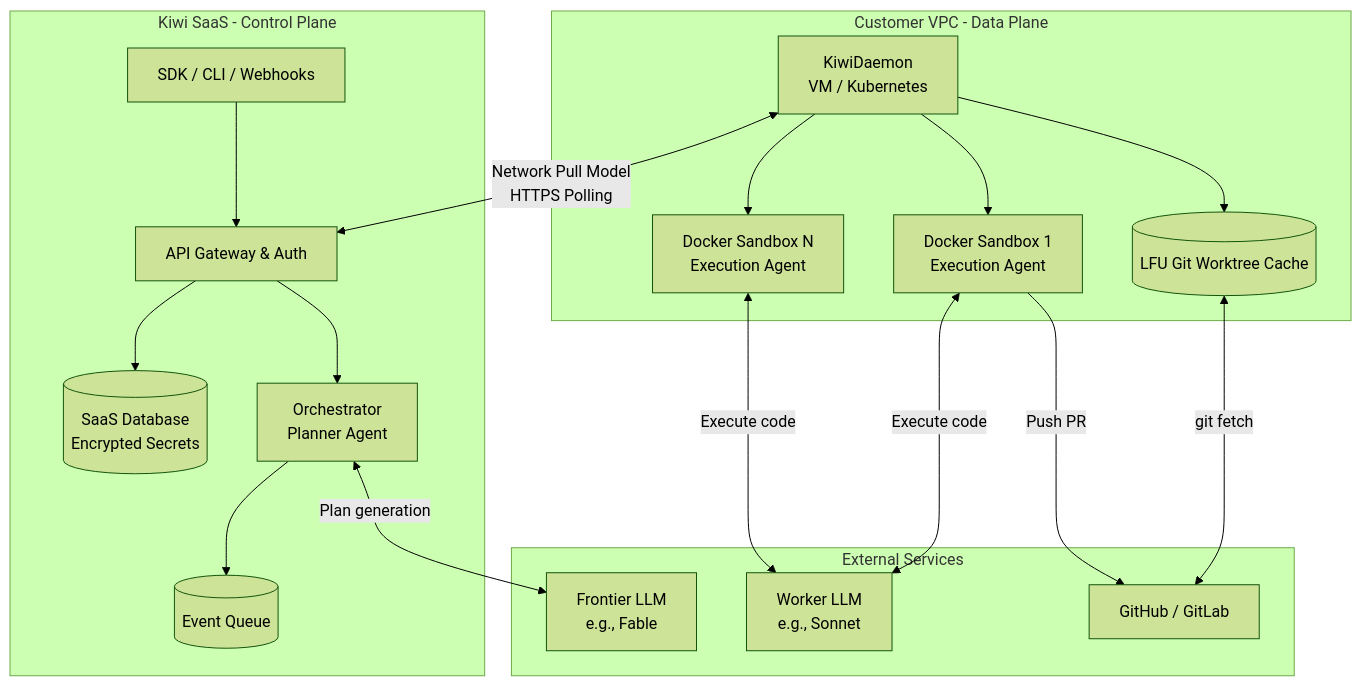
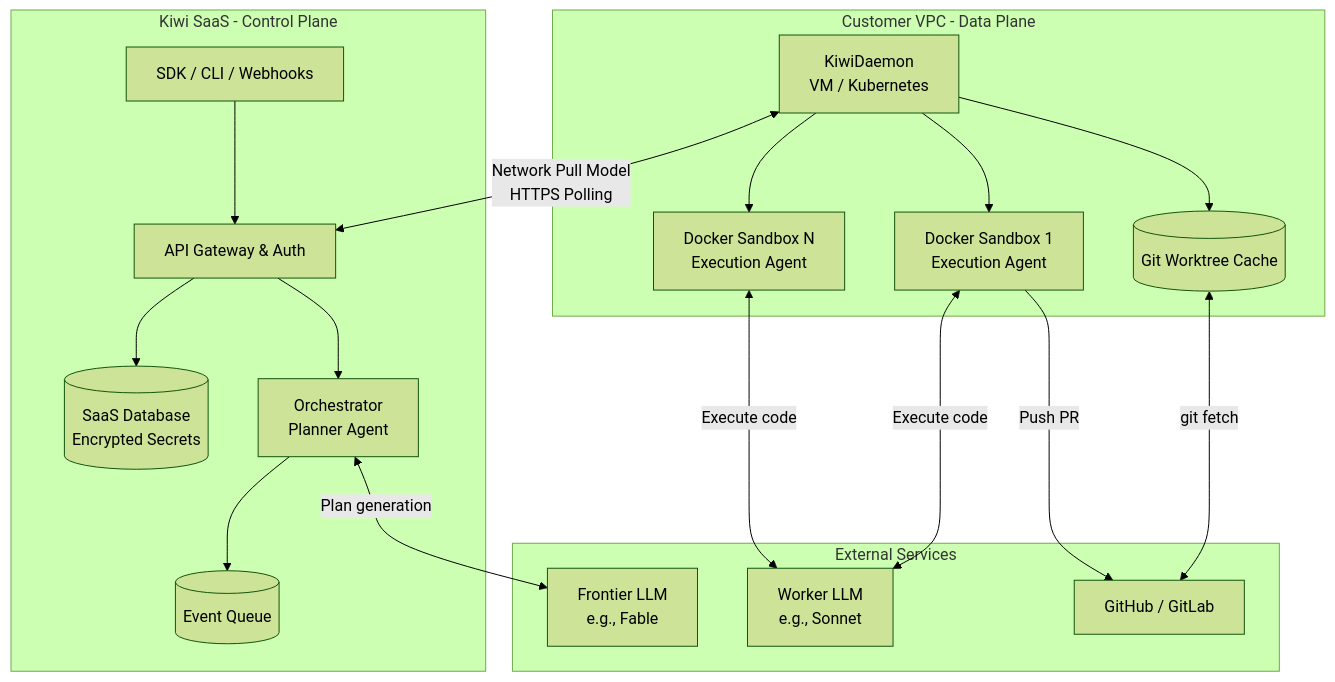
The first of 2 diagrams in docs/rfcs/2026-07-16-startup-byoc-platform-rfc.md (RunKiwi/kiwi), drawn with Mermaid (forest theme) before and after one commit. The commit also changed other lines of this file and 3 other files, not shown here.

First line of the commit message:
docs(gitcache): rename "LFU" to "Git Worktree Cache" until eviction exists

````diff
--- a/docs/rfcs/2026-07-16-startup-byoc-platform-rfc.md
+++ b/docs/rfcs/2026-07-16-startup-byoc-platform-rfc.md
@@ -22,46 +22,46 @@
 ```mermaid
 graph TD
     subgraph SaaS[Kiwi SaaS - Control Plane]
         UI[SDK / CLI / Webhooks]
         API[API Gateway & Auth]
         DB[(SaaS Database<br>Encrypted Secrets)]
         Q[(Event Queue)]
         Planner[Orchestrator<br>Planner Agent]
     end
 
     subgraph BYOC[Customer VPC - Data Plane]
         KD[KiwiDaemon<br>VM / Kubernetes]
-        Cache[(LFU Git Worktree Cache)]
+        Cache[(Git Worktree Cache)]
         SB1[Docker Sandbox 1<br>Execution Agent]
         SB2[Docker Sandbox N<br>Execution Agent]
     end
 
     subgraph External[External Services]
         LLM_P[Frontier LLM<br>e.g., Fable]
         LLM_W[Worker LLM<br>e.g., Sonnet]
         VCS[GitHub / GitLab]
     end
 
     %% SaaS Internal
     UI --> API
     API --> Planner
     API --> DB
     Planner --> Q
     
     %% SaaS to External
     Planner <-->|Plan generation| LLM_P
     
     %% Data Plane Internal
     KD --> Cache
     KD --> SB1
     KD --> SB2
     
     %% Data Plane to SaaS
     KD <-->|Network Pull Model<br>HTTPS Polling| API
     
     %% Data Plane to External
     SB1 <-->|Execute code| LLM_W
     SB2 <-->|Execute code| LLM_W
     Cache <-->|git fetch| VCS
     SB1 -->|Push PR| VCS
 ```
````
